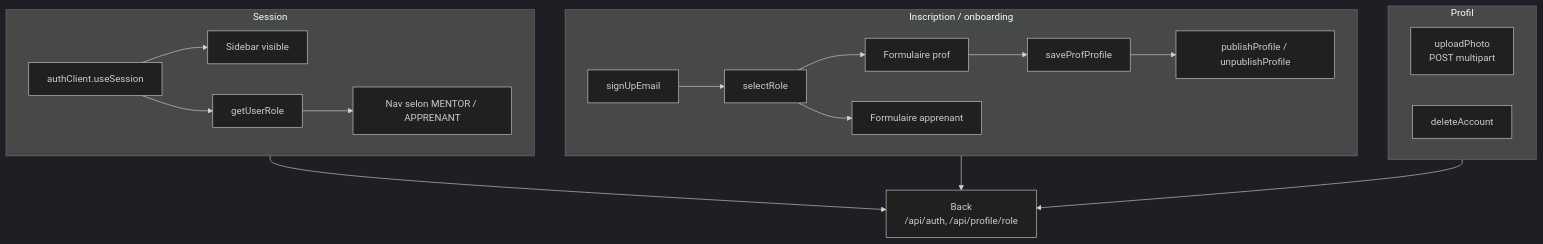
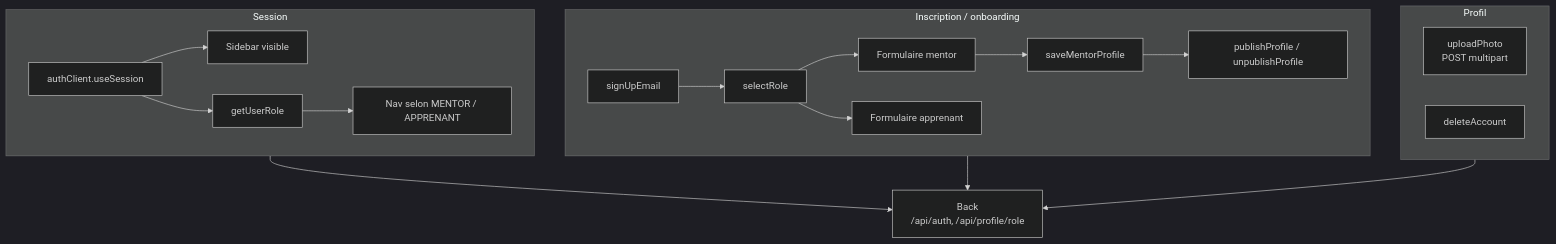
The fourth of 4 diagrams in docs/front.md (alice-444/ls_app), drawn with Mermaid (dark theme) before and after one commit. The commit also changed other lines of this file and 12 other files, not shown here.

````diff
--- a/docs/front.md
+++ b/docs/front.md
@@ -162,28 +162,28 @@
 ```mermaid
 flowchart TB
   subgraph Session["Session"]
     useSession[authClient.useSession]
     useSession --> Sidebar[Sidebar visible]
     useSession --> getRole[getUserRole]
     getRole --> Nav[Nav selon MENTOR / APPRENANT]
   end
 
   subgraph Inscription["Inscription / onboarding"]
     signUp[signUpEmail]
     selectRole[selectRole]
     signUp --> selectRole
-    selectRole --> FormProf[Formulaire prof]
+    selectRole --> FormMentor[Formulaire mentor]
     selectRole --> FormApp[Formulaire apprenant]
-    FormProf --> saveProf[saveProfProfile]
-    saveProf --> publish[publishProfile / unpublishProfile]
+    FormMentor --> saveMentor[saveMentorProfile]
+    saveMentor --> publish[publishProfile / unpublishProfile]
   end
 
   subgraph Profil["Profil"]
     upload[uploadPhoto\nPOST multipart]
     delete[deleteAccount]
   end
 
   Session --> Back["Back\n/api/auth, /api/profile/role"]
   Inscription --> Back
   Profil --> Back
 ```
````
